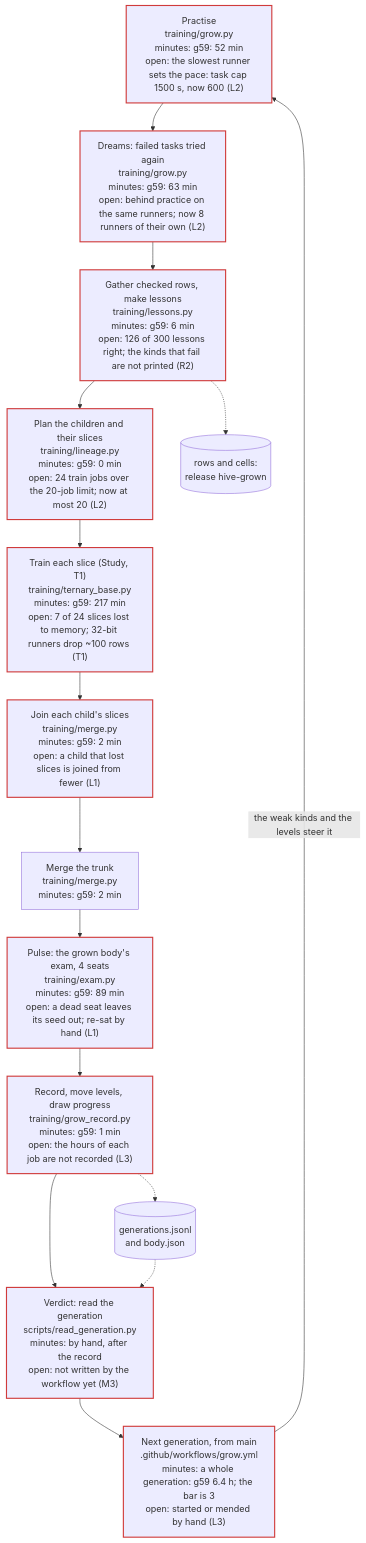
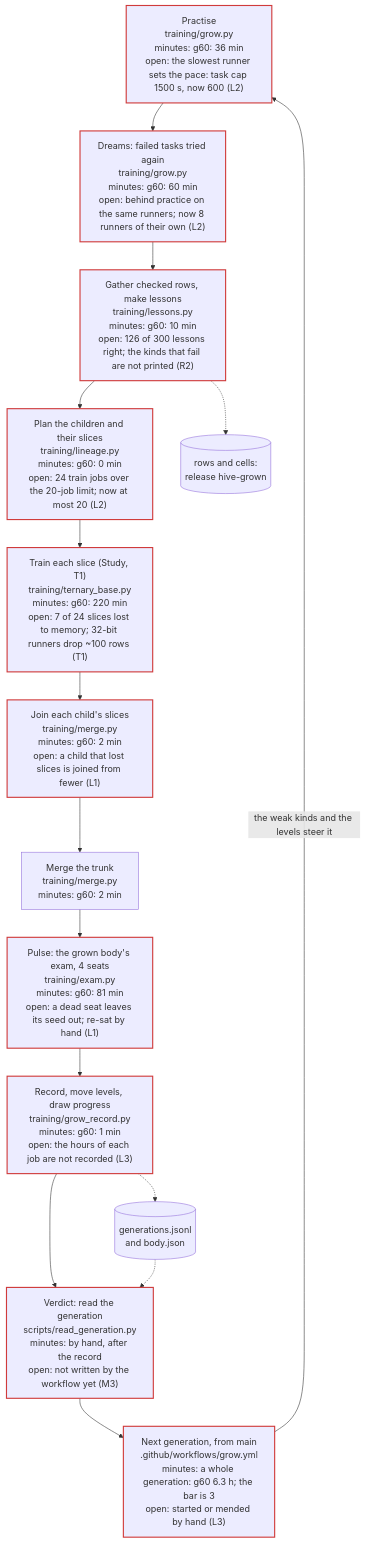
The first of 4 diagrams in docs/KNOWLEDGE.md (Arnav123-s/HiveMIND), drawn with Mermaid before and after one commit. The commit also changed 17 other files, not shown here.

Commit message:
The hive's body: generation g60

````diff
--- a/docs/KNOWLEDGE.md
+++ b/docs/KNOWLEDGE.md
@@ -11,31 +11,31 @@
 ```mermaid
 flowchart TD
-  practise["Practise<br/>training/grow.py<br/>minutes: g59: 52 min<br/>open: the slowest runner sets the pace: task cap 1500 s, now 600 (L2)"]:::open
-  dreams["Dreams: failed tasks tried again<br/>training/grow.py<br/>minutes: g59: 63 min<br/>open: behind practice on the same runners; now 8 runners of their own (L2)"]:::open
-  gather["Gather checked rows, make lessons<br/>training/lessons.py<br/>minutes: g59: 6 min<br/>open: 126 of 300 lessons right; the kinds that fail are not printed (R2)"]:::open
-  plan["Plan the children and their slices<br/>training/lineage.py<br/>minutes: g59: 0 min<br/>open: 24 train jobs over the 20-job limit; now at most 20 (L2)"]:::open
-  trainc["Train each slice (Study, T1)<br/>training/ternary_base.py<br/>minutes: g59: 217 min<br/>open: 7 of 24 slices lost to memory; 32-bit runners drop ~100 rows (T1)"]:::open
-  join["Join each child's slices<br/>training/merge.py<br/>minutes: g59: 2 min<br/>open: a child that lost slices is joined from fewer (L1)"]:::open
-  trunk["Merge the trunk<br/>training/merge.py<br/>minutes: g59: 2 min"]
-  pulse["Pulse: the grown body's exam, 4 seats<br/>training/exam.py<br/>minutes: g59: 89 min<br/>open: a dead seat leaves its seed out; re-sat by hand (L1)"]:::open
-  recordg["Record, move levels, draw progress<br/>training/grow_record.py<br/>minutes: g59: 1 min<br/>open: the hours of each job are not recorded (L3)"]:::open
+  practise["Practise<br/>training/grow.py<br/>minutes: g60: 36 min<br/>open: the slowest runner sets the pace: task cap 1500 s, now 600 (L2)"]:::open
+  dreams["Dreams: failed tasks tried again<br/>training/grow.py<br/>minutes: g60: 60 min<br/>open: behind practice on the same runners; now 8 runners of their own (L2)"]:::open
+  gather["Gather checked rows, make lessons<br/>training/lessons.py<br/>minutes: g60: 10 min<br/>open: 126 of 300 lessons right; the kinds that fail are not printed (R2)"]:::open
+  plan["Plan the children and their slices<br/>training/lineage.py<br/>minutes: g60: 0 min<br/>open: 24 train jobs over the 20-job limit; now at most 20 (L2)"]:::open
+  trainc["Train each slice (Study, T1)<br/>training/ternary_base.py<br/>minutes: g60: 220 min<br/>open: 7 of 24 slices lost to memory; 32-bit runners drop ~100 rows (T1)"]:::open
+  join["Join each child's slices<br/>training/merge.py<br/>minutes: g60: 2 min<br/>open: a child that lost slices is joined from fewer (L1)"]:::open
+  trunk["Merge the trunk<br/>training/merge.py<br/>minutes: g60: 2 min"]
+  pulse["Pulse: the grown body's exam, 4 seats<br/>training/exam.py<br/>minutes: g60: 81 min<br/>open: a dead seat leaves its seed out; re-sat by hand (L1)"]:::open
+  recordg["Record, move levels, draw progress<br/>training/grow_record.py<br/>minutes: g60: 1 min<br/>open: the hours of each job are not recorded (L3)"]:::open
   verdictg["Verdict: read the generation<br/>scripts/read_generation.py<br/>minutes: by hand, after the record<br/>open: not written by the workflow yet (M3)"]:::open
-  nextg["Next generation, from main<br/>.github/workflows/grow.yml<br/>minutes: a whole generation: g59 6.4 h; the bar is 3<br/>open: started or mended by hand (L3)"]:::open
+  nextg["Next generation, from main<br/>.github/workflows/grow.yml<br/>minutes: a whole generation: g60 6.3 h; the bar is 3<br/>open: started or mended by hand (L3)"]:::open
   practise --> dreams
   dreams --> gather
   gather --> plan
   plan --> trainc
   trainc --> join
   join --> trunk
   trunk --> pulse
   pulse --> recordg
   recordg --> verdictg
   verdictg --> nextg
   nextg -->|"the weak kinds and the levels steer it"| practise
   rel[("rows and cells:<br/>release hive-grown")]
   rec[("generations.jsonl<br/>and body.json")]
   gather -.-> rel
   recordg -.-> rec
   rec -.-> verdictg
   classDef open stroke:#d03b3b,stroke-width:2px
 ```
````
